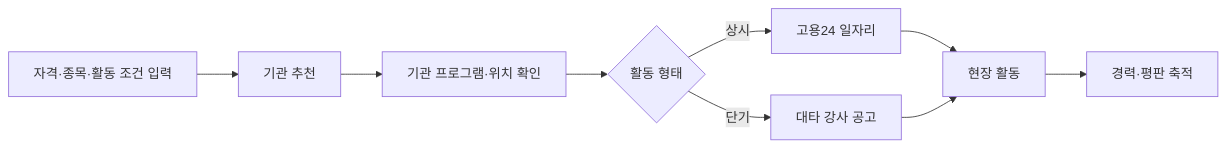
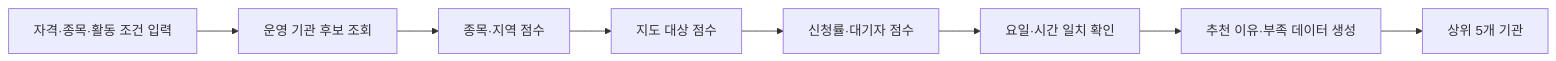
Before and after one commit to Leesannn/SportsCompass: the fifth of 7 diagrams in README.md, drawn with Mermaid. The commit also changed other lines of this file, not shown here.

```diff
--- a/README.md
+++ b/README.md
@@ -311,11 +480,10 @@
 ~~~mermaid
 flowchart LR
-    A[자격·종목·활동 조건 입력] --> B[기관 추천]
-    B --> C[기관 프로그램·위치 확인]
-    C --> D{활동 형태}
-    D -->|상시| E[고용24 일자리]
-    D -->|단기| F[대타 강사 공고]
-    E --> G[현장 활동]
-    F --> G
-    G --> H[경력·평판 축적]
+    A[자격·종목·활동 조건 입력] --> B[운영 기관 후보 조회]
+    B --> C[종목·지역 점수]
+    C --> D[지도 대상 점수]
+    D --> E[신청률·대기자 점수]
+    E --> F[요일·시간 일치 확인]
+    F --> G[추천 이유·부족 데이터 생성]
+    G --> H[상위 5개 기관]
 ~~~
```
